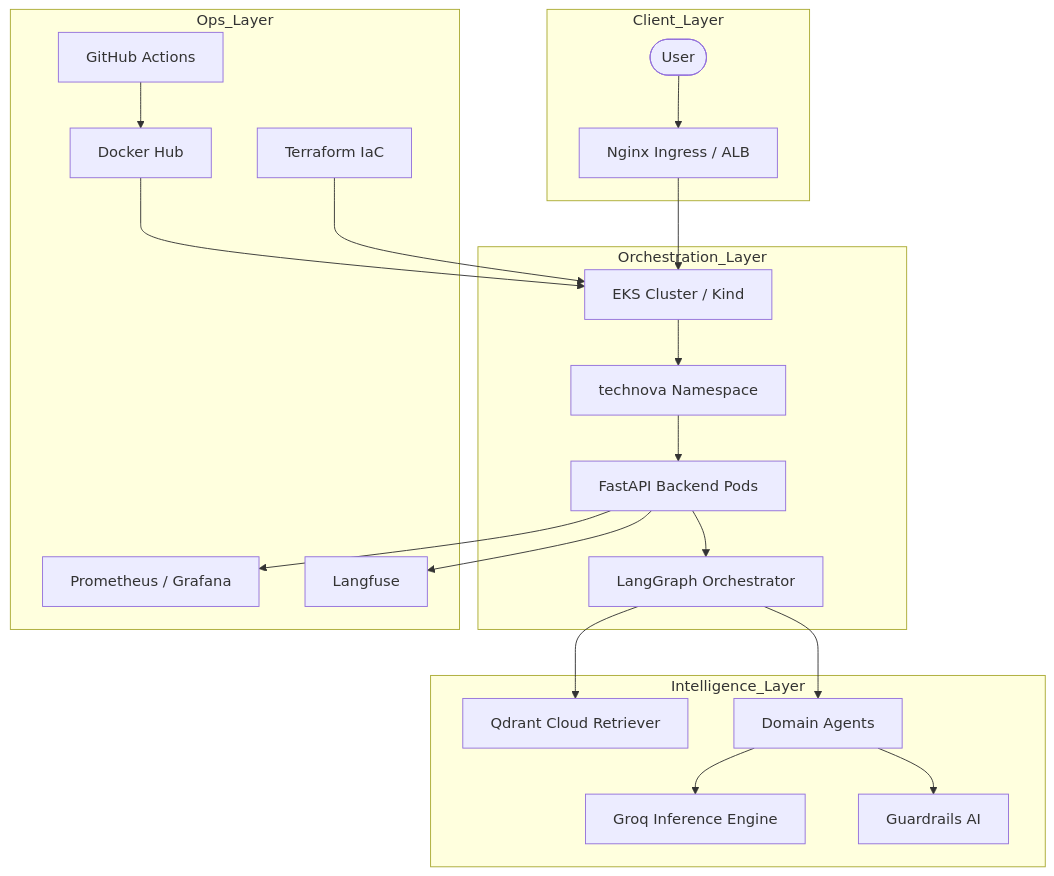
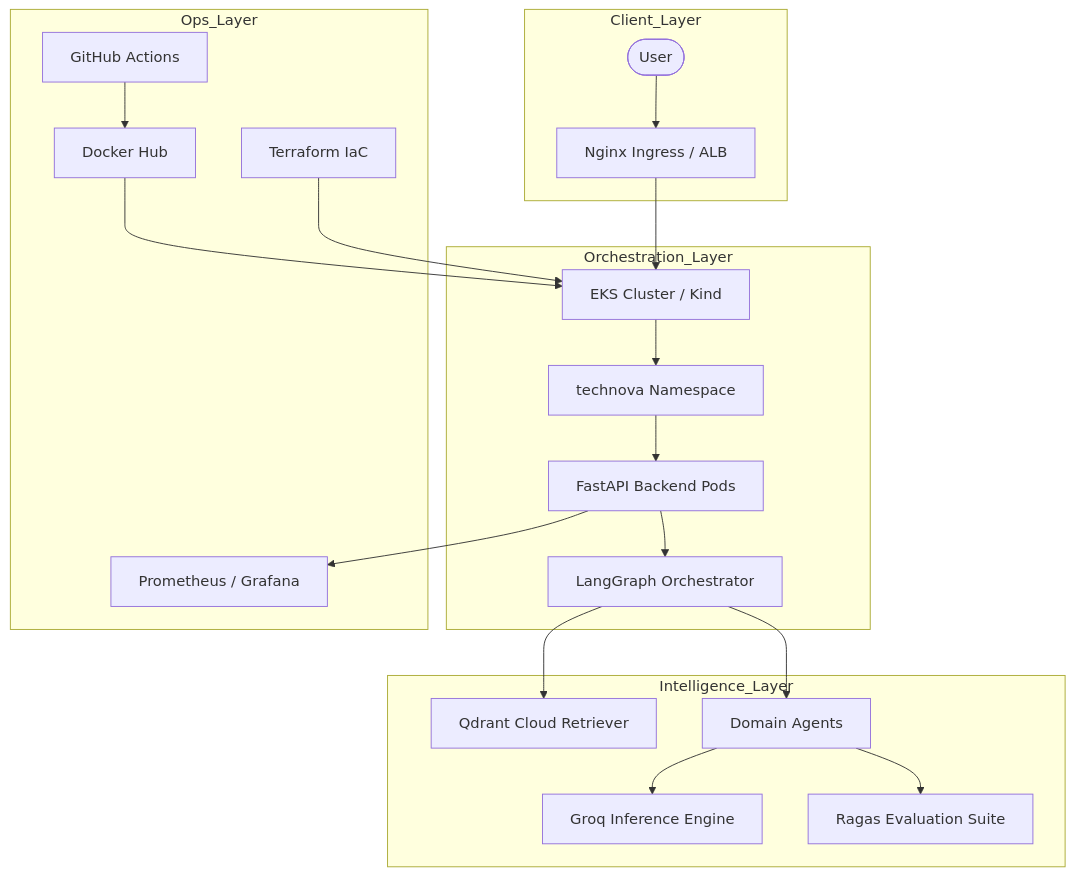
The diagram in README.md (bittush8789/llmops-multi-agent-rag-chatbot), drawn with Mermaid before and after one commit. The commit also changed other lines of this file, not shown here.

Commit message:
docs: finalize end-to-end execution flow in master README

````diff
--- a/README.md
+++ b/README.md
@@ -11,28 +11,27 @@
 ```mermaid
 graph TD
     subgraph Client_Layer
         User([User]) --> Ingress[Nginx Ingress / ALB]
     end
 
     subgraph Orchestration_Layer
         Ingress --> K8s[EKS Cluster / Kind]
         K8s --> NS[technova Namespace]
         NS --> Pods[FastAPI Backend Pods]
         Pods --> Graph[LangGraph Orchestrator]
     end
 
     subgraph Intelligence_Layer
         Graph --> Retriever[Qdrant Cloud Retriever]
         Graph --> Agents[Domain Agents]
         Agents --> LLM[Groq Inference Engine]
-        Agents --> Guardrails[Guardrails AI]
+        Agents --> Eval[Ragas Evaluation Suite]
     end
 
     subgraph Ops_Layer
         Pods --> Metrics[Prometheus / Grafana]
-        Pods --> Traces[Langfuse]
         GitHub[GitHub Actions] --> Docker[Docker Hub]
         Docker --> K8s
         Terraform[Terraform IaC] --> K8s
     end
 ```
````
